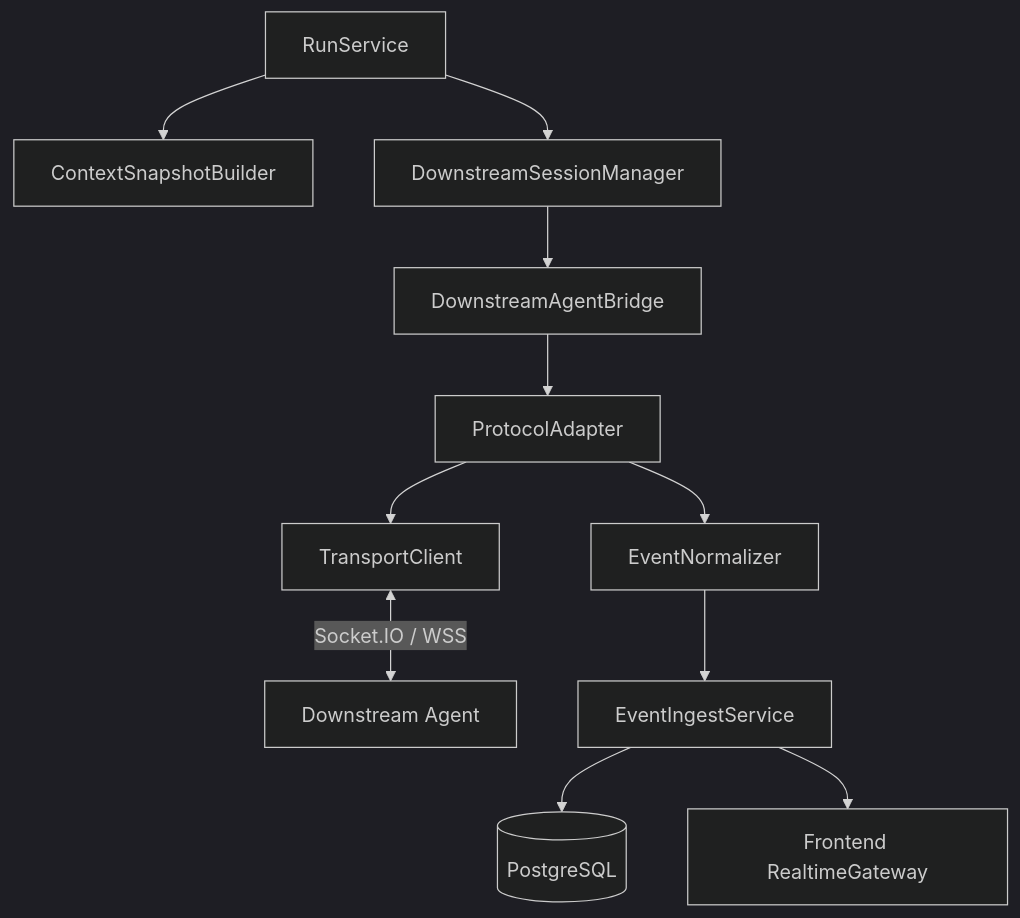
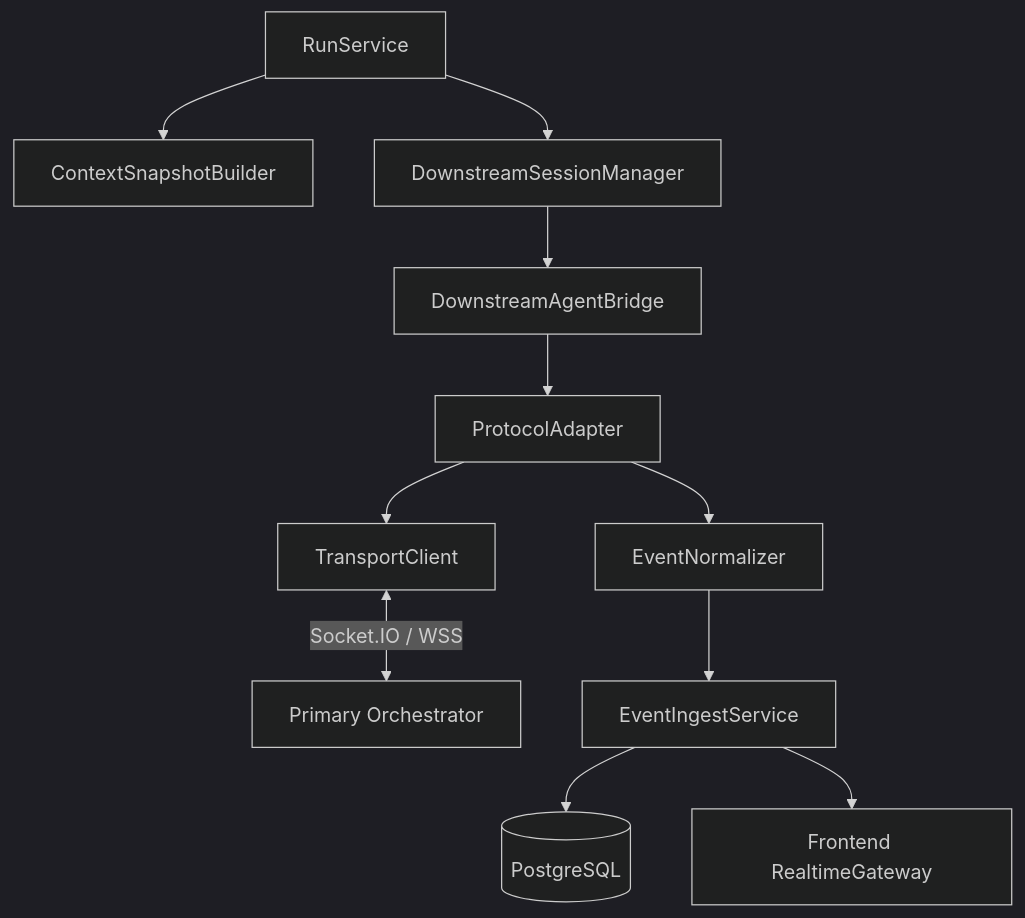
Before and after one commit to AgentHub-projects/AgentHub-Fullstack: the second of 2 diagrams in docs/agenthub-technical-design.md, drawn with Mermaid (dark theme). The commit also changed other lines of this file and 1 other file, not shown here.

Commit message:
docs: model agent templates and session bridge

````diff
--- a/docs/agenthub-technical-design.md
+++ b/docs/agenthub-technical-design.md
@@ -132,13 +132,13 @@
 ```mermaid
 flowchart TB
   R["RunService"] --> C["ContextSnapshotBuilder"]
   R --> M["DownstreamSessionManager"]
   M --> B["DownstreamAgentBridge"]
   B --> A["ProtocolAdapter"]
   A --> T["TransportClient"]
-  T <-->|"Socket.IO / WSS"| D["Downstream Agent"]
+  T <-->|"Socket.IO / WSS"| D["Primary Orchestrator"]
   A --> N["EventNormalizer"]
   N --> I["EventIngestService"]
   I --> DB[("PostgreSQL")]
   I --> W["Frontend RealtimeGateway"]
 ```
````
